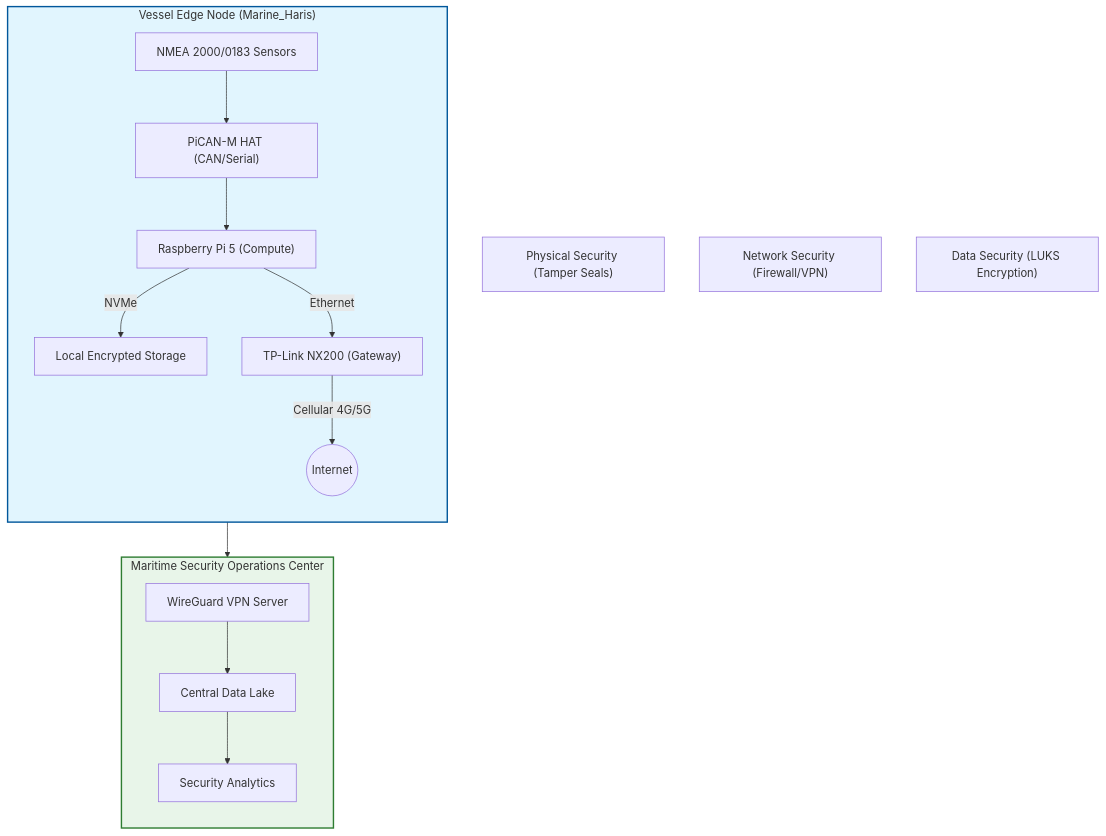
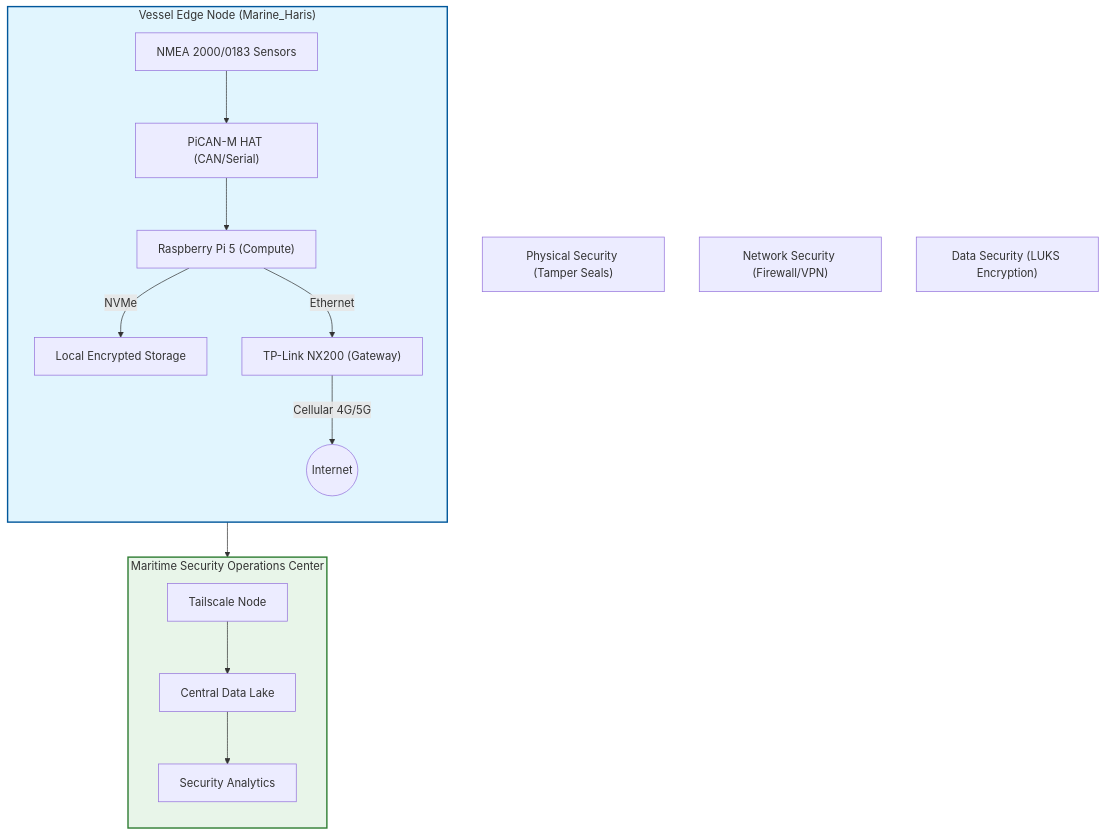
The first of 3 diagrams in docs/ARCHITECTURE.md (project-haris/marine-haris), drawn with Mermaid before and after one commit. The commit also changed other lines of this file and 18 other files, not shown here.

````diff
--- a/docs/ARCHITECTURE.md
+++ b/docs/ARCHITECTURE.md
@@ -9,27 +9,27 @@
 ```mermaid
 flowchart TD
     subgraph VESSEL ["Vessel Edge Node (Marine_Haris)"]
         direction TB
         SENSORS["NMEA 2000/0183 Sensors"] --> HAT["PiCAN-M HAT (CAN/Serial)"]
         HAT --> RPI["Raspberry Pi 5 (Compute)"]
         RPI --> |"NVMe"| STORAGE["Local Encrypted Storage"]
         RPI --> |"Ethernet"| ROUTER["TP-Link NX200 (Gateway)"]
         ROUTER --> |"Cellular 4G/5G"| INTERNET(("Internet"))
     end
 
     subgraph MSOC ["Maritime Security Operations Center"]
         direction TB
-        VPN_SERVER["WireGuard VPN Server"] --> DATA_LAKE["Central Data Lake"]
+        VPN_SERVER["Tailscale Node"] --> DATA_LAKE["Central Data Lake"]
         DATA_LAKE --> ANALYTICS["Security Analytics"]
     end
 
     INTERNET --> VPN_SERVER
     
     %% Security Layers
     LAYER1["Physical Security (Tamper Seals)"]
     LAYER2["Network Security (Firewall/VPN)"]
     LAYER3["Data Security (LUKS Encryption)"]
     
     style VESSEL fill:#e1f5fe,stroke:#01579b,stroke-width:2px
     style MSOC fill:#e8f5e9,stroke:#2e7d32,stroke-width:2px
 ```
````
